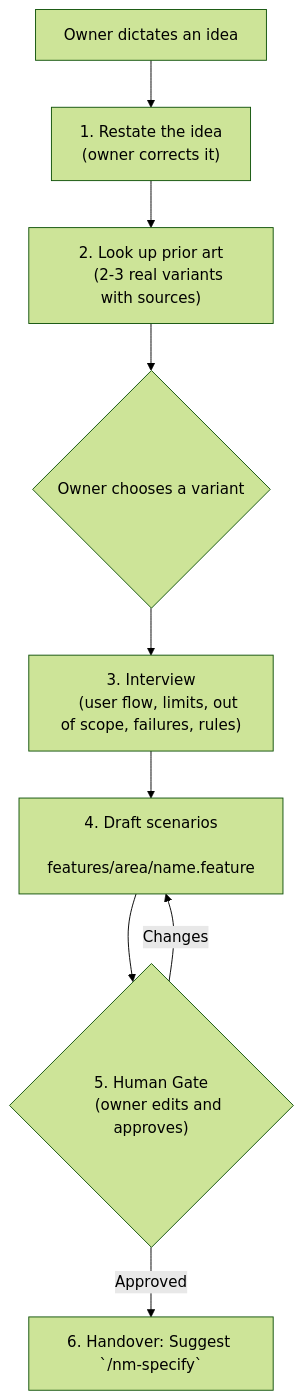
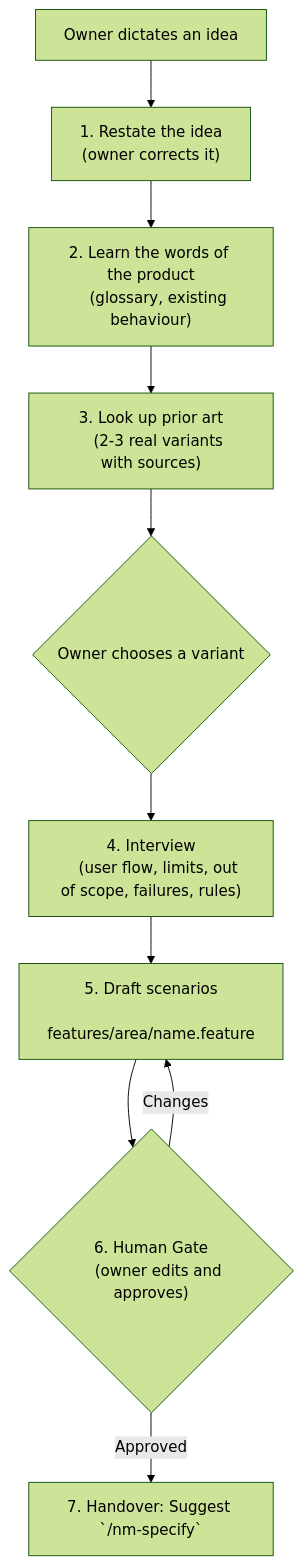
The diagram in .agents/skills/nm-feature/SKILL.md (jiva-studio/numen), drawn with Mermaid (forest theme) before and after one commit. The commit also changed other lines of this file and 1 other file, not shown here.

First line of the commit message:
docs(agents): the feature skill learns the words of the product first

````diff
--- a/.agents/skills/nm-feature/SKILL.md
+++ b/.agents/skills/nm-feature/SKILL.md
@@ -10,16 +10,18 @@
 ```mermaid
 flowchart TD
     Idea["Owner dictates an idea"] --> Restate["1. Restate the idea
     (owner corrects it)"]
-    Restate --> Prior["2. Look up prior art
+    Restate --> Words["2. Learn the words of the product
+    (glossary, existing behaviour)"]
+    Words --> Prior["3. Look up prior art
     (2-3 real variants with sources)"]
     Prior --> Choose{"Owner chooses a variant"}
-    Choose --> Interview["3. Interview
+    Choose --> Interview["4. Interview
     (user flow, limits, out of scope, failures, rules)"]
-    Interview --> Draft["4. Draft scenarios
+    Interview --> Draft["5. Draft scenarios
     features/area/name.feature"]
-    Draft --> Gate{"5. Human Gate
+    Draft --> Gate{"6. Human Gate
     (owner edits and approves)"}
     Gate -->|"Changes"| Draft
-    Gate -->|"Approved"| Next["6. Handover: Suggest `/nm-specify`"]
+    Gate -->|"Approved"| Next["7. Handover: Suggest `/nm-specify`"]
 ```
````
